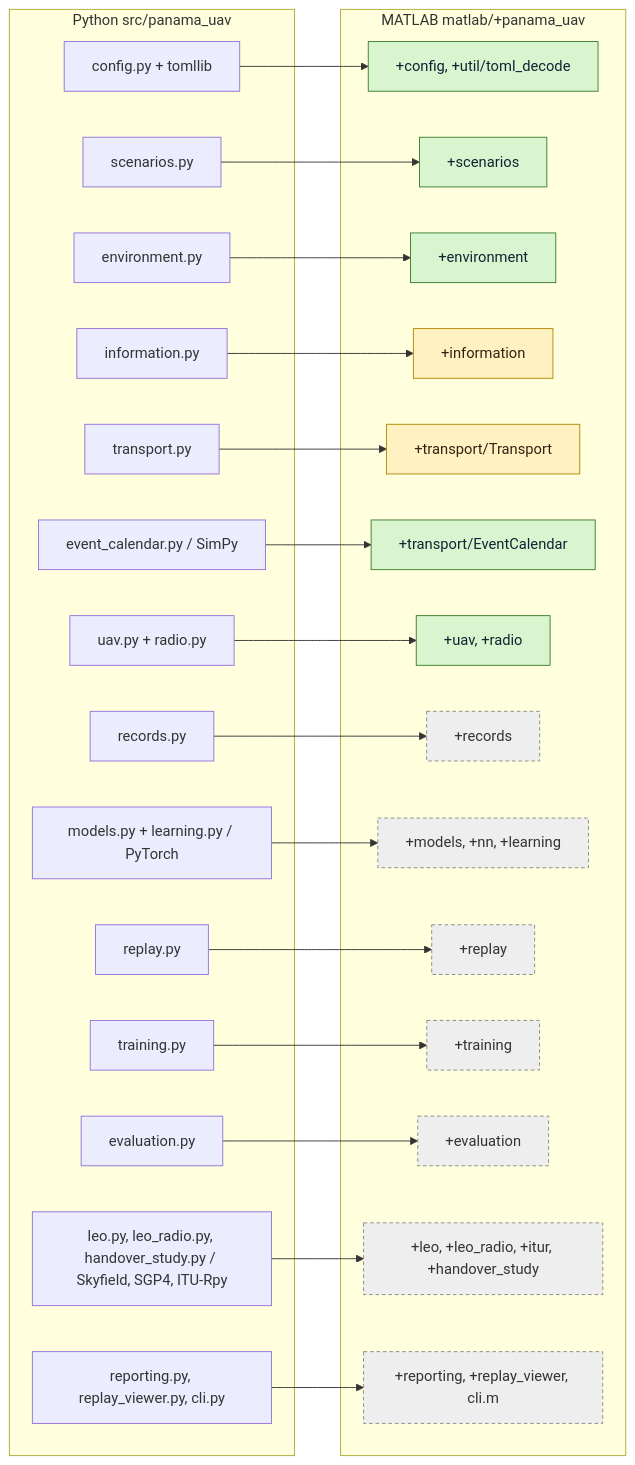
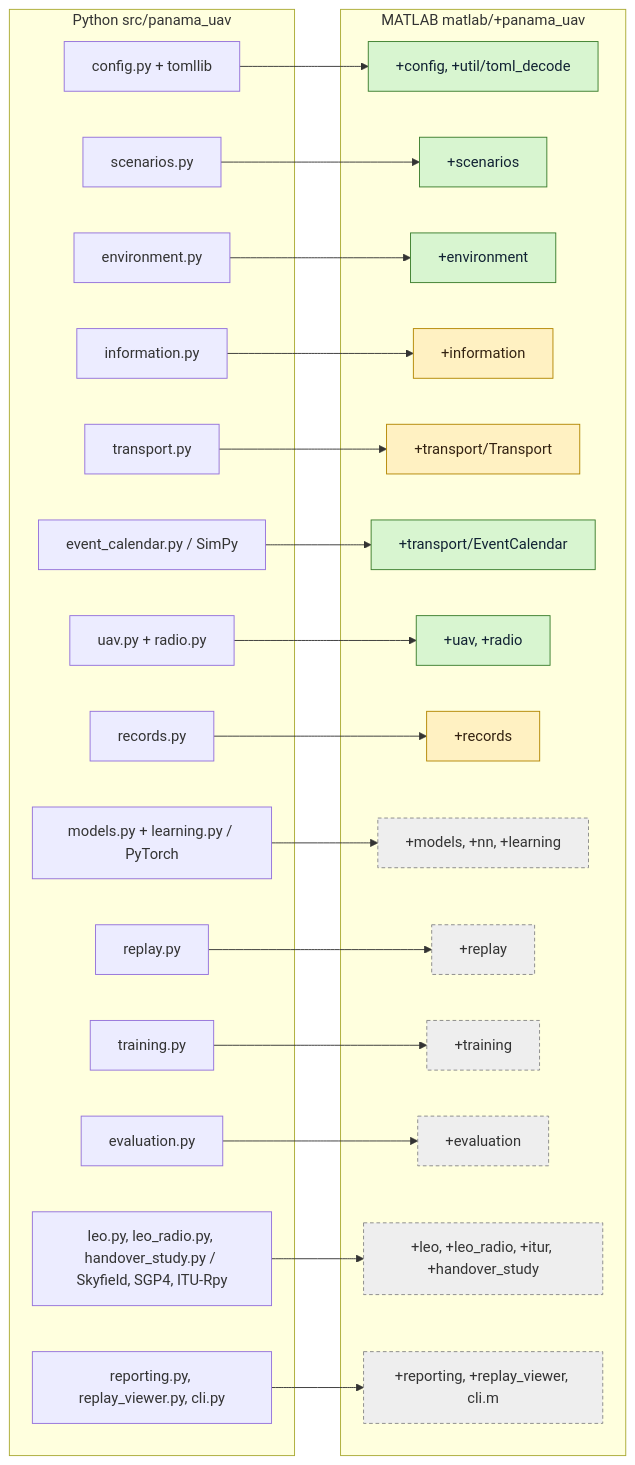
The diagram in README_MATLAB.md (arman-dogru/SANGIN-dev), drawn with Mermaid before and after one commit. The commit also changed other lines of this file and 1 other file, not shown here.

````diff
--- a/README_MATLAB.md
+++ b/README_MATLAB.md
@@ -18,55 +18,55 @@
 ```mermaid
 flowchart LR
     classDef done fill:#d8f5d0,stroke:#3a7d2c,color:#123;
     classDef partial fill:#fff1c2,stroke:#b38600,color:#321;
     classDef stub fill:#eeeeee,stroke:#888,color:#333,stroke-dasharray:4 3;
 
     subgraph PY["Python  src/panama_uav"]
         p_cfg[config.py + tomllib]
         p_scen[scenarios.py]
         p_env[environment.py]
         p_info[information.py]
         p_tr[transport.py]
         p_cal[event_calendar.py / SimPy]
         p_uav[uav.py + radio.py]
         p_rec[records.py]
         p_nn[models.py + learning.py / PyTorch]
         p_rep[replay.py]
         p_train[training.py]
         p_eval[evaluation.py]
         p_leo[leo.py, leo_radio.py, handover_study.py / Skyfield, SGP4, ITU-Rpy]
         p_out[reporting.py, replay_viewer.py, cli.py]
     end
 
     subgraph ML["MATLAB  matlab/+panama_uav"]
         m_cfg[+config, +util/toml_decode]:::done
         m_scen[+scenarios]:::done
         m_env[+environment]:::done
         m_info[+information]:::partial
         m_tr[+transport/Transport]:::partial
         m_cal[+transport/EventCalendar]:::done
         m_uav[+uav, +radio]:::done
-        m_rec[+records]:::stub
+        m_rec[+records]:::partial
         m_nn[+models, +nn, +learning]:::stub
         m_rep[+replay]:::stub
         m_train[+training]:::stub
         m_eval[+evaluation]:::stub
         m_leo[+leo, +leo_radio, +itur, +handover_study]:::stub
         m_out[+reporting, +replay_viewer, cli.m]:::stub
     end
 
     p_cfg --> m_cfg
     p_scen --> m_scen
     p_env --> m_env
     p_info --> m_info
     p_tr --> m_tr
     p_cal --> m_cal
     p_uav --> m_uav
     p_rec --> m_rec
     p_nn --> m_nn
     p_rep --> m_rep
     p_train --> m_train
     p_eval --> m_eval
     p_leo --> m_leo
     p_out --> m_out
 ```
````
